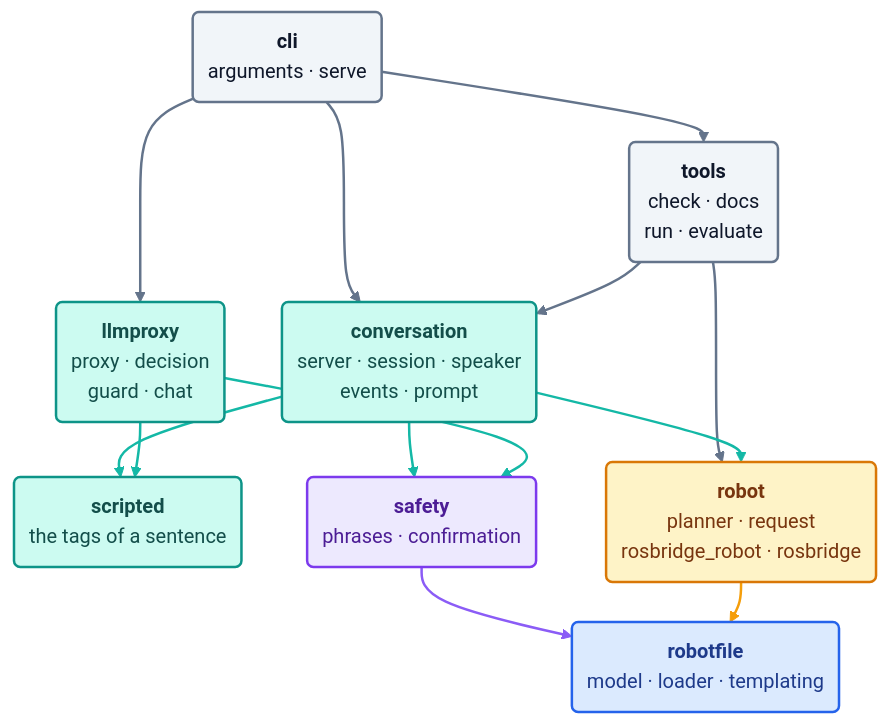
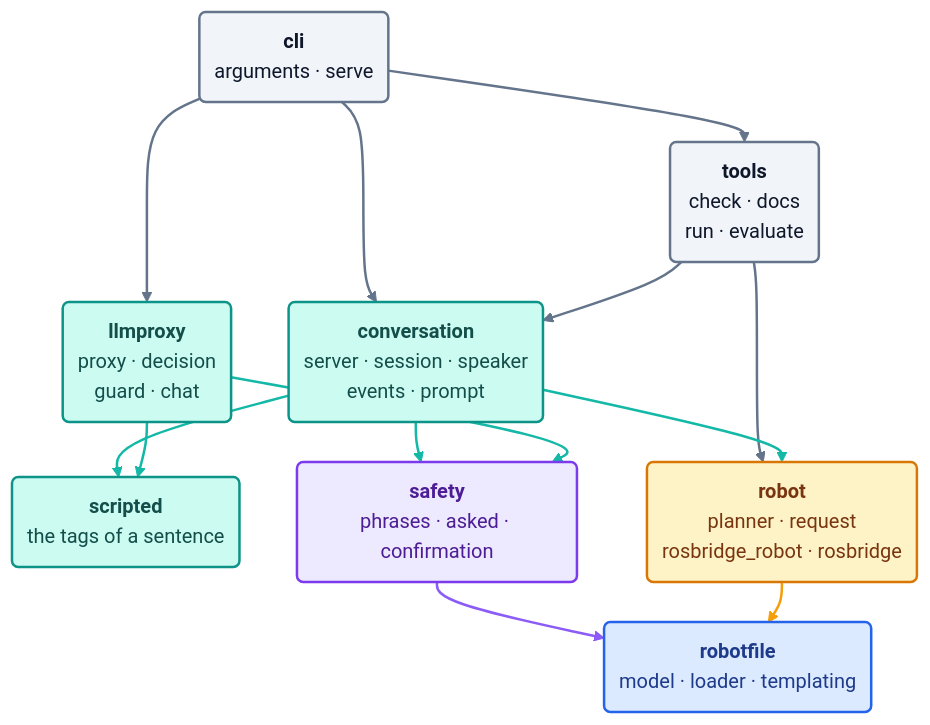
The diagram in docs/diagrams/modules.mmd (kineticsystem/stepit-speech), drawn with Mermaid before and after one commit. The commit also changed 10 other files, not shown here.

```diff
--- a/docs/diagrams/modules.mmd
+++ b/docs/diagrams/modules.mmd
@@ -1,86 +1,86 @@
 ---
 config:
   theme: base
   fontFamily: "Arial, Helvetica, sans-serif"
   flowchart:
     curve: basis
     padding: 12
     nodeSpacing: 46
     rankSpacing: 32
     subGraphTitleMargin:
       top: 4
       bottom: 10
   class:
     padding: 10
   themeVariables:
     lineColor: "#94a3b8"
     textColor: "#64748b"
     primaryColor: "#f1f5f9"
     primaryBorderColor: "#64748b"
     primaryTextColor: "#0f172a"
     secondaryColor: "#f1f5f9"
     secondaryBorderColor: "#64748b"
     secondaryTextColor: "#0f172a"
     tertiaryColor: "#f1f5f9"
     tertiaryBorderColor: "#64748b"
     tertiaryTextColor: "#0f172a"
     mainBkg: "#f1f5f9"
     nodeBorder: "#64748b"
     nodeTextColor: "#0f172a"
     classText: "#0f172a"
     clusterBkg: "transparent"
     clusterBorder: "#94a3b8"
     titleColor: "#64748b"
     edgeLabelBackground: "#ffffff"
   themeCSS: >
     svg, .label, .nodeLabel, .edgeLabel, foreignObject div { font-family: Arial, Helvetica, sans-serif; }
     .node rect, .node polygon, .node path {
       filter: drop-shadow(0 3px 6px rgba(15, 23, 42, 0.18));
     }
     .node rect { rx: 14px; ry: 14px; }
     .cluster rect { rx: 18px; ry: 18px; }
     .edgeLabel, .edgeLabel p, .edgeLabel span {
       background: #ffffff; color: #475569; border-radius: 999px;
     }
     .edgeLabel p { padding: 3px 10px; }
     .labelBkg { background: transparent !important; fill: none !important; }
 ---
 flowchart TB
     cli("<b>cli</b><br/>arguments · serve")
     tools("<b>tools</b><br/>check · docs<br/>run · evaluate")
     conversation("<b>conversation</b><br/>server · session · speaker<br/>events · prompt")
     llmproxy("<b>llmproxy</b><br/>proxy · decision<br/>guard · chat")
     scripted("<b>scripted</b><br/>the tags of a sentence")
-    safety("<b>safety</b><br/>phrases · confirmation")
+    safety("<b>safety</b><br/>phrases · asked · confirmation")
     robot("<b>robot</b><br/>planner · request<br/>rosbridge_robot · rosbridge")
     robotfile("<b>robotfile</b><br/>model · loader · templating")
 
     cli --> tools
     cli --> conversation
     cli --> llmproxy
     tools --> conversation
     tools --> robot
     conversation --> safety
     conversation --> robot
     conversation --> scripted
     llmproxy --> scripted
     llmproxy --> safety
     safety --> robotfile
     robot --> robotfile
 
     classDef voice fill:#ccfbf1,stroke:#0d9488,stroke-width:2px,color:#134e4a
     classDef mind  fill:#ede9fe,stroke:#7c3aed,stroke-width:2px,color:#4c1d95
     classDef robot fill:#fef3c7,stroke:#d97706,stroke-width:2px,color:#78350f
     classDef data  fill:#dbeafe,stroke:#2563eb,stroke-width:2px,color:#1e3a8a
     classDef ext   fill:#f1f5f9,stroke:#64748b,stroke-width:2px,color:#0f172a
 
     class cli,tools ext
     class conversation,llmproxy,scripted voice
     class safety mind
     class robot robot
     class robotfile data
 
     linkStyle 0,1,2,3,4 stroke:#64748b,stroke-width:2px
     linkStyle 5,6,7,8,9 stroke:#14b8a6,stroke-width:2px
     linkStyle 10 stroke:#8b5cf6,stroke-width:2px
     linkStyle 11 stroke:#f59e0b,stroke-width:2px
```
